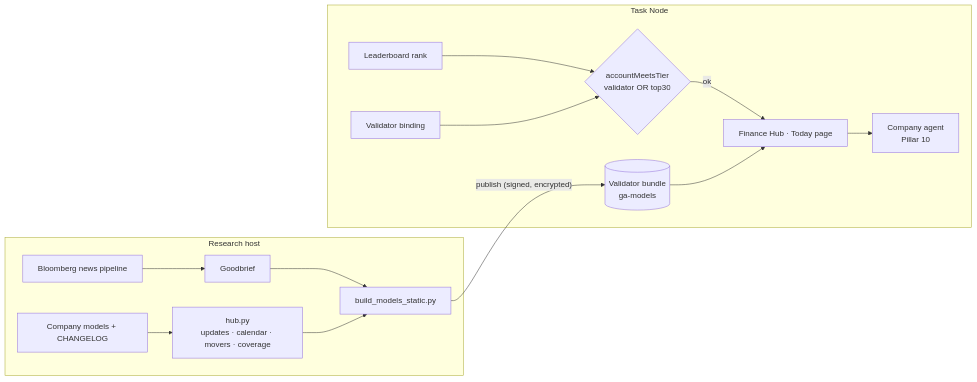
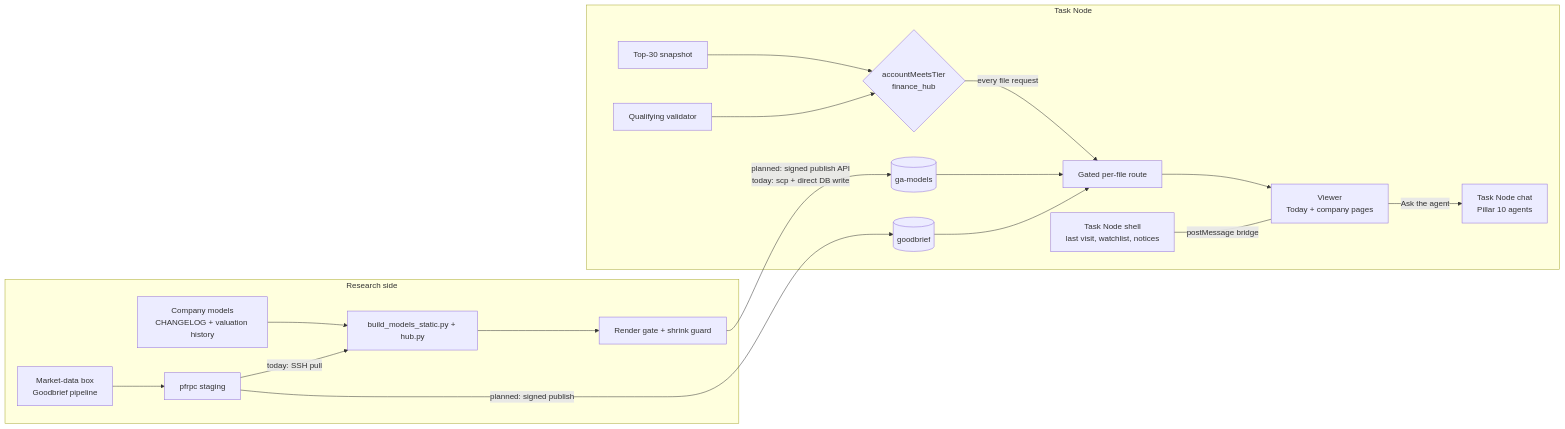
The diagram in big_milestone/pillars/09-finance-hub.md (postfiatorg/postfiatl1v2), drawn with Mermaid before and after one commit. The commit also changed other lines of this file and 44 other files, not shown here.

````diff
--- a/big_milestone/pillars/09-finance-hub.md
+++ b/big_milestone/pillars/09-finance-hub.md
@@ -44,17 +53,21 @@
 ```mermaid
 flowchart LR
-    subgraph Research host
-      BB[Bloomberg news pipeline] --> GB[Goodbrief]
-      CM[Company models + CHANGELOG] --> HUB[hub.py<br/>updates · calendar · movers · coverage]
-      GB --> BUILD[build_models_static.py]
-      HUB --> BUILD
+    subgraph RS["Research side"]
+      MDB["Market-data box<br/>Goodbrief pipeline"] --> STG["pfrpc staging"]
+      CM["Company models<br/>CHANGELOG + valuation history"] --> BUILD["build_models_static.py + hub.py"]
+      STG -- "today: SSH pull" --> BUILD
+      BUILD --> GATE["Render gate + shrink guard"]
     end
-    BUILD -- publish (signed, encrypted) --> BUN[(Validator bundle<br/>ga-models)]
-    subgraph Task Node
-      LB[Leaderboard rank] --> TIER{accountMeetsTier<br/>validator OR top30}
-      VB[Validator binding] --> TIER
-      TIER -- ok --> FH[Finance Hub · Today page]
-      BUN --> FH
-      FH --> AG[Company agent<br/>Pillar 10]
+    GATE -- "planned: signed publish API<br/>today: scp + direct DB write" --> DB[("ga-models")]
+    STG -- "planned: signed publish" --> GBD[("goodbrief")]
+    subgraph TN["Task Node"]
+      SNAP["Top-30 snapshot"] --> TIER{"accountMeetsTier<br/>finance_hub"}
+      VB["Qualifying validator"] --> TIER
+      TIER -- "every file request" --> FILES["Gated per-file route"]
+      DB --> FILES
+      GBD --> FILES
+      FILES --> VIEW["Viewer<br/>Today + company pages"]
+      SHELL["Task Node shell<br/>last visit, watchlist, notices"] ---|"postMessage bridge"| VIEW
+      VIEW -- "Ask the agent" --> CHAT["Task Node chat<br/>Pillar 10 agents"]
     end
 ```
````
